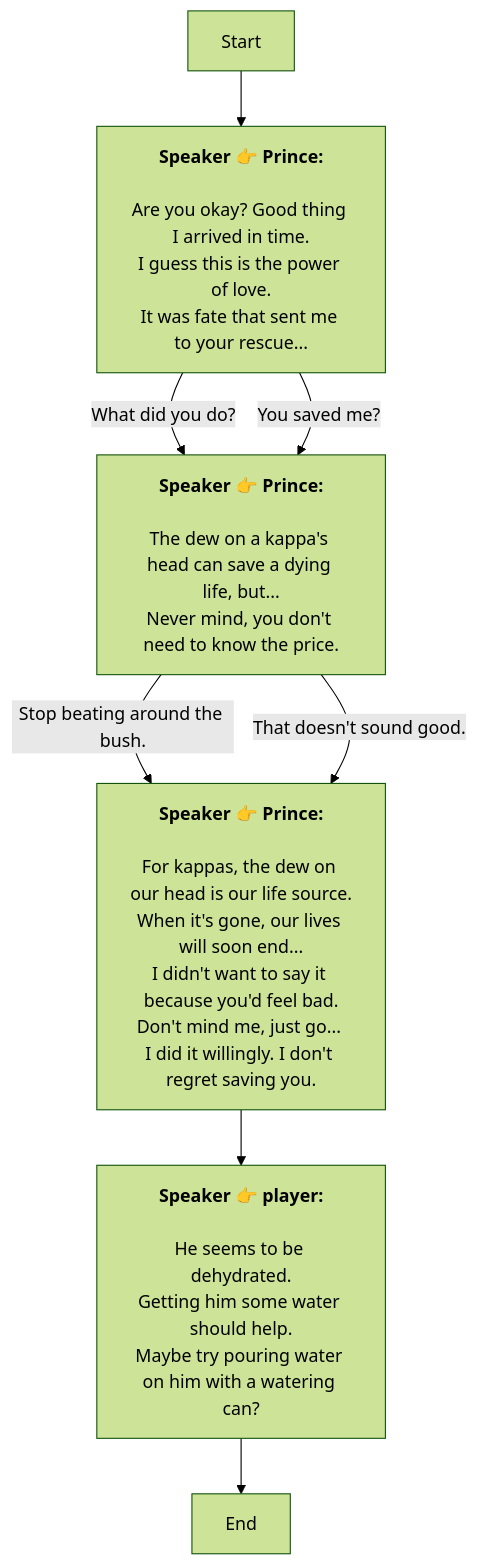
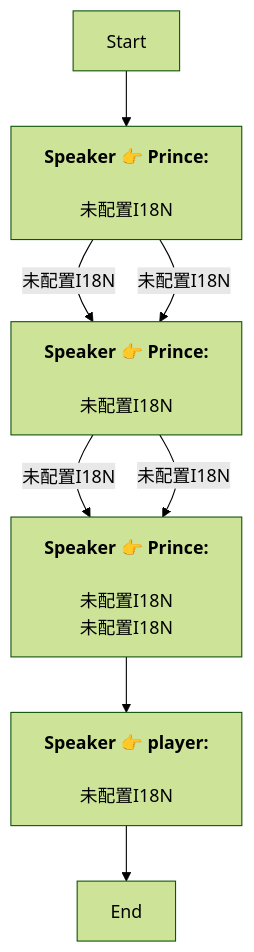
The diagram in En/QuestStartTalkENode_1756583672964625.md (SoftHu/tos_avg), drawn with Mermaid (forest theme) before and after one commit. The commit also changed 730 other files, not shown here.

````diff
--- a/En/QuestStartTalkENode_1756583672964625.md
+++ b/En/QuestStartTalkENode_1756583672964625.md
@@ -1,29 +1,17 @@
 ```mermaid
 graph
 Start -->1758079600629293[<b>Speaker 👉 Prince:</b>
-\nAre you okay? Good thing I arrived in time.
-I guess this is the power of love.
-It was fate that sent me to your rescue...]
-1758079600629293 -->|What did you do?|1758079630013998[<b>Speaker 👉 Prince:</b>
-\nThe dew on a kappa's head can save a dying life, but...
-Never mind, you don't need to know the price.]
-1758079600629293 -->|You saved me?|1758079630013998[<b>Speaker 👉 Prince:</b>
-\nThe dew on a kappa's head can save a dying life, but...
-Never mind, you don't need to know the price.]
-1758079630013998 -->|Stop beating around the bush.|1758080090447418[<b>Speaker 👉 Prince:</b>
-\nFor kappas, the dew on our head is our life source.
-When it's gone, our lives will soon end...\nI didn't want to say it because you'd feel bad.
-Don't mind me, just go... 
-I did it willingly. I don't regret saving you.]
-1758079630013998 -->|That doesn't sound good.|1758080090447418[<b>Speaker 👉 Prince:</b>
-\nFor kappas, the dew on our head is our life source.
-When it's gone, our lives will soon end...\nI didn't want to say it because you'd feel bad.
-Don't mind me, just go... 
-I did it willingly. I don't regret saving you.]
+\n未配置I18N]
+1758079600629293 -->|未配置I18N|1758079630013998[<b>Speaker 👉 Prince:</b>
+\n未配置I18N]
+1758079600629293 -->|未配置I18N|1758079630013998[<b>Speaker 👉 Prince:</b>
+\n未配置I18N]
+1758079630013998 -->|未配置I18N|1758080090447418[<b>Speaker 👉 Prince:</b>
+\n未配置I18N\n未配置I18N]
+1758079630013998 -->|未配置I18N|1758080090447418[<b>Speaker 👉 Prince:</b>
+\n未配置I18N\n未配置I18N]
 1758080090447418 -->1758080284909115[<b>Speaker 👉 player:</b>
-\nHe seems to be dehydrated.
-Getting him some water should help.
-Maybe try pouring water on him with a watering can?]
+\n未配置I18N]
 1758080284909115 -->1758080325624380[End]
 
 ```
````
